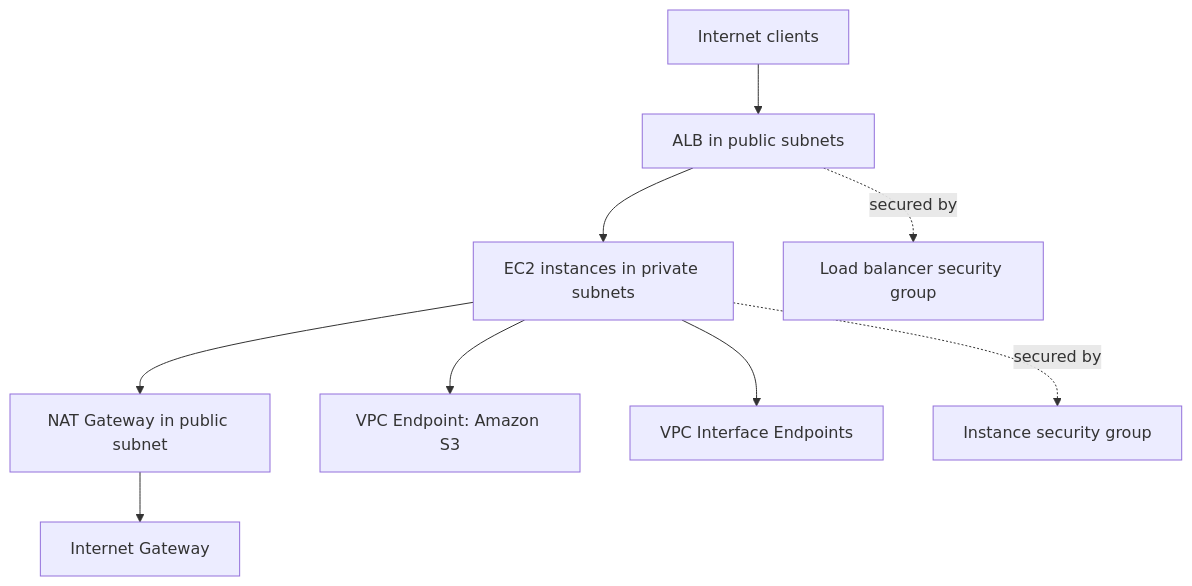
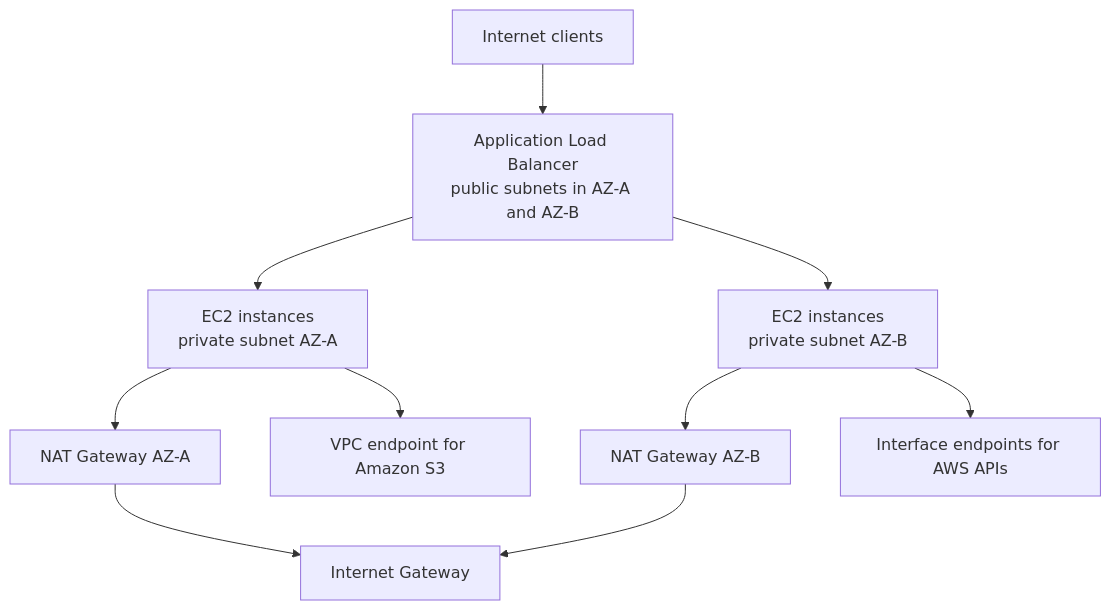
Before and after one commit to yeongseon/aws-elastic-beanstalk-practical-guide: the first of 2 diagrams in docs/platform/networking.md, drawn with Mermaid. The commit also changed other lines of this file and 223 other files, not shown here.

````diff
--- a/docs/platform/networking.md
+++ b/docs/platform/networking.md
@@ -67,11 +28,12 @@
 ```mermaid
 flowchart TB
-    Internet[Internet clients] --> ALB[ALB in public subnets]
-    ALB --> EC2[EC2 instances in private subnets]
-    EC2 --> NAT[NAT Gateway in public subnet]
-    NAT --> IGW[Internet Gateway]
-    EC2 --> S3EP[VPC Endpoint: Amazon S3]
-    EC2 --> APIEP[VPC Interface Endpoints]
-    ALB -.secured by.-> LBSG[Load balancer security group]
-    EC2 -.secured by.-> APP_SG[Instance security group]
+    Internet[Internet clients] --> ALB[Application Load Balancer<br/>public subnets in AZ-A and AZ-B]
+    ALB --> EC2A[EC2 instances<br/>private subnet AZ-A]
+    ALB --> EC2B[EC2 instances<br/>private subnet AZ-B]
+    EC2A --> NATA[NAT Gateway AZ-A]
+    EC2B --> NATB[NAT Gateway AZ-B]
+    NATA --> IGW[Internet Gateway]
+    NATB --> IGW
+    EC2A --> S3EP[VPC endpoint for Amazon S3]
+    EC2B --> APIEP[Interface endpoints for AWS APIs]
 ```
````
